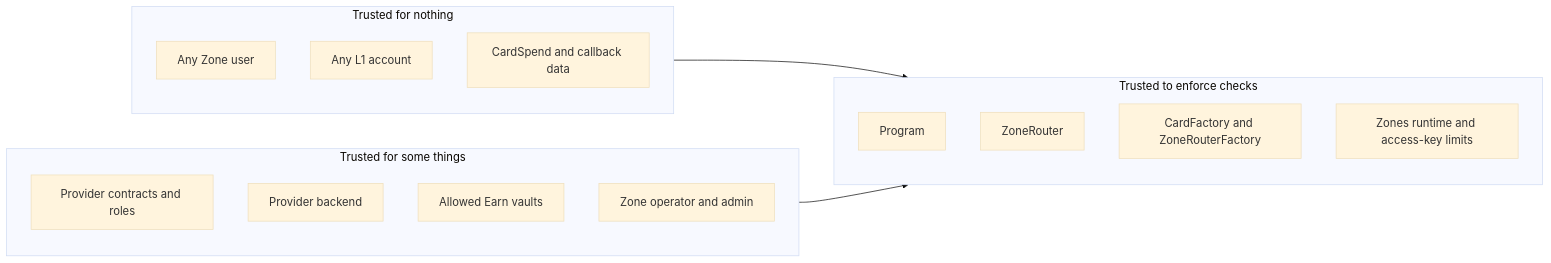
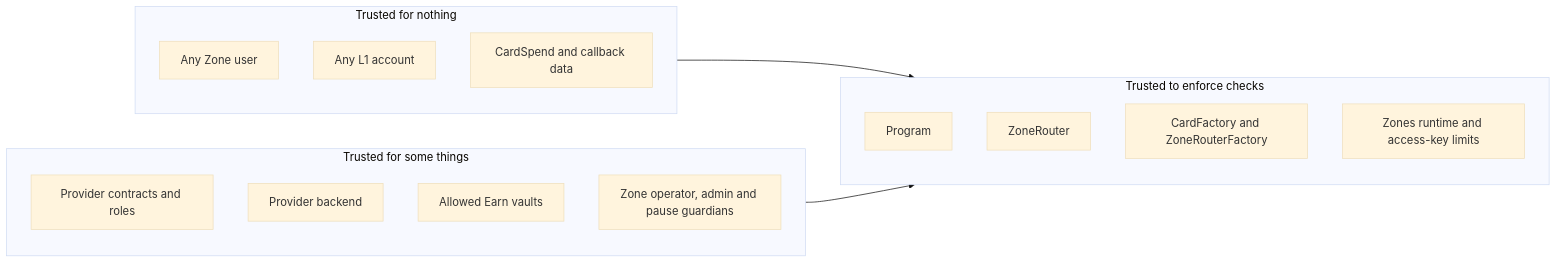
Before and after one commit to tempoxyz/contracts: the first of 3 diagrams in docs/threat-models/card-spend.md, drawn with Mermaid (base theme). The commit also changed other lines of this file, not shown here.

Commit message:
docs(threat-model): [card-spend] include portal pause authorities

````diff
--- a/docs/threat-models/card-spend.md
+++ b/docs/threat-models/card-spend.md
@@ -127,22 +128,22 @@
 ```mermaid
 flowchart LR
   subgraph T1["Trusted to enforce checks"]
     CS["Program"]
     RT["ZoneRouter"]
     FA["CardFactory and ZoneRouterFactory"]
     RN["Zones runtime and access-key limits"]
   end
   subgraph T2["Trusted for some things"]
     PV["Provider contracts and roles"]
     PB["Provider backend"]
     EV["Allowed Earn vaults"]
-    ZO["Zone operator and admin"]
+    ZO["Zone operator, admin and pause guardians"]
   end
   subgraph T3["Trusted for nothing"]
     ZU["Any Zone user"]
     LA["Any L1 account"]
     CD["CardSpend and callback data"]
   end
   T3 --> T1
   T2 --> T1
 ```
````
